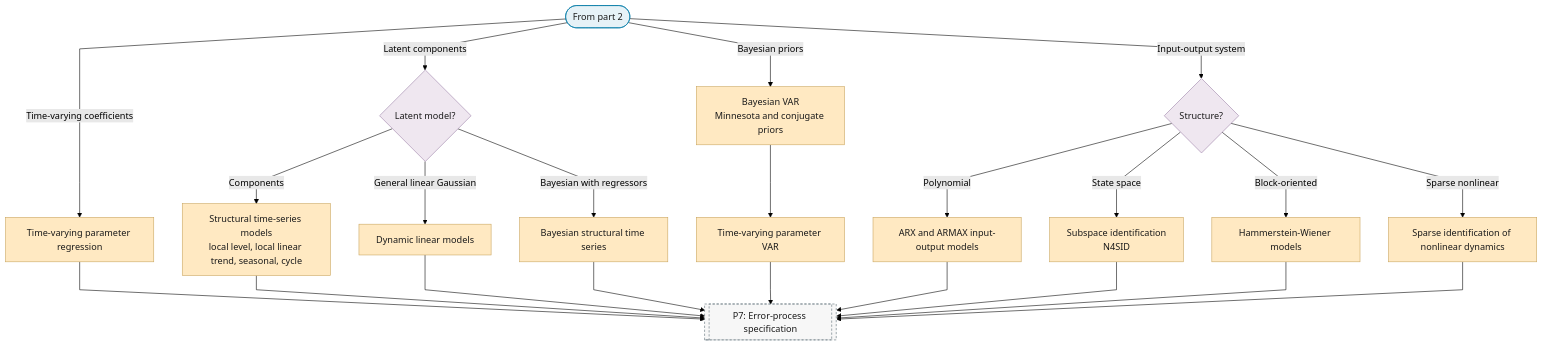
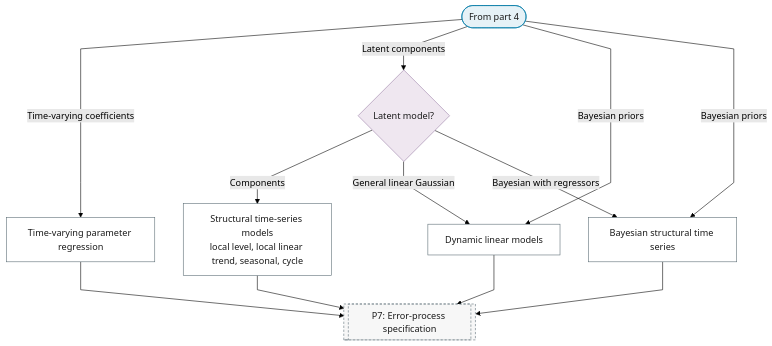
Before and after one commit to Shuxin-Y/time-series-analysis-manual: the seventh of 10 diagrams in docs/01-workflow/p06-mean-model-class.md, drawn with Mermaid (forest theme). The commit also changed other lines of this file, not shown here.

First line of the commit message:
fix(flowchart): P6 routes on one flag at a time and offers BVAR to multivariate readers

````diff
--- a/docs/01-workflow/p06-mean-model-class.md
+++ b/docs/01-workflow/p06-mean-model-class.md
@@ -120,30 +186,23 @@
 ```mermaid
 %%{init: {"flowchart": {"curve": "linear"}}}%%
 graph TD
-    P6_PART_4_IN(["From part 2"]) -->|"Time-varying coefficients"| P6_TVP_REGRESSION["Time-varying parameter regression"]
-    P6_PART_4_IN -->|"Latent components"| P6_LATENT_MODEL{"Latent model?"}
+    P6_PART_7_IN(["From part 4"]) -->|"Time-varying coefficients"| P6_TVP_REGRESSION["Time-varying parameter regression"]
+    P6_PART_7_IN -->|"Latent components"| P6_LATENT_MODEL{"Latent model?"}
+    P6_PART_7_IN -->|"Bayesian priors"| P6_DLM & P6_BSTS
     P6_LATENT_MODEL -->|"Components"| P6_STRUCTURAL_TS["Structural time-series models<br/>local level, local linear trend, seasonal, cycle"]
     P6_LATENT_MODEL -->|"General linear Gaussian"| P6_DLM["Dynamic linear models"]
     P6_LATENT_MODEL -->|"Bayesian with regressors"| P6_BSTS["Bayesian structural time series"]
-    P6_PART_4_IN -->|"Bayesian priors"| P6_BVAR["Bayesian VAR<br/>Minnesota and conjugate priors"]
-    P6_PART_4_IN -->|"Input-output system"| P6_IO_STRUCTURE{"Structure?"}
-    P6_IO_STRUCTURE -->|"Polynomial"| P6_ARX_ARMAX["ARX and ARMAX input-output models"]
-    P6_IO_STRUCTURE -->|"State space"| P6_SUBSPACE["Subspace identification<br/>N4SID"]
-    P6_IO_STRUCTURE -->|"Block-oriented"| P6_HAMMERSTEIN_WIENER["Hammerstein-Wiener models"]
-    P6_IO_STRUCTURE -->|"Sparse nonlinear"| P6_SINDY["Sparse identification of nonlinear dynamics"]
-    P6_BVAR --> P6_TVP_VAR["Time-varying parameter VAR"]
-    P6_TVP_REGRESSION & P6_STRUCTURAL_TS & P6_DLM & P6_BSTS & P6_TVP_VAR --> P7
-    P6_ARX_ARMAX & P6_SUBSPACE & P6_HAMMERSTEIN_WIENER & P6_SINDY --> P7[["P7: Error-process specification"]]
-    class P6_PART_4_IN terminator
-    class P6_TVP_REGRESSION,P6_STRUCTURAL_TS,P6_BVAR,P6_ARX_ARMAX,P6_DLM,P6_BSTS,P6_TVP_VAR,P6_SUBSPACE,P6_HAMMERSTEIN_WIENER,P6_SINDY escalate
+    P6_TVP_REGRESSION & P6_STRUCTURAL_TS & P6_DLM & P6_BSTS --> P7[["P7: Error-process specification"]]
+    class P6_PART_7_IN terminator
+    class P6_LATENT_MODEL decision
+    class P6_TVP_REGRESSION,P6_STRUCTURAL_TS,P6_DLM,P6_BSTS process
     class P7 ref
-    class P6_LATENT_MODEL,P6_IO_STRUCTURE decision
     classDef terminator fill:#E6F2F7,stroke:#007BA7,color:#1A1A1A;
     classDef process fill:#FFFFFF,stroke:#5A6B73,color:#1A1A1A;
     classDef decision fill:#EFE7F0,stroke:#9B7FA7,color:#1A1A1A;
     classDef data fill:#FFF4E0,stroke:#C9A55E,color:#1A1A1A;
     classDef good fill:#DCEFD8,stroke:#4A7A3F,color:#1A1A1A;
     classDef escalate fill:#FFE9C2,stroke:#C9A55E,color:#1A1A1A;
     classDef problem fill:#F2D9DE,stroke:#800020,color:#1A1A1A;
     classDef ref fill:#F7F7F7,stroke:#5A6B73,color:#1A1A1A,stroke-dasharray:4 3;
 ```
````
